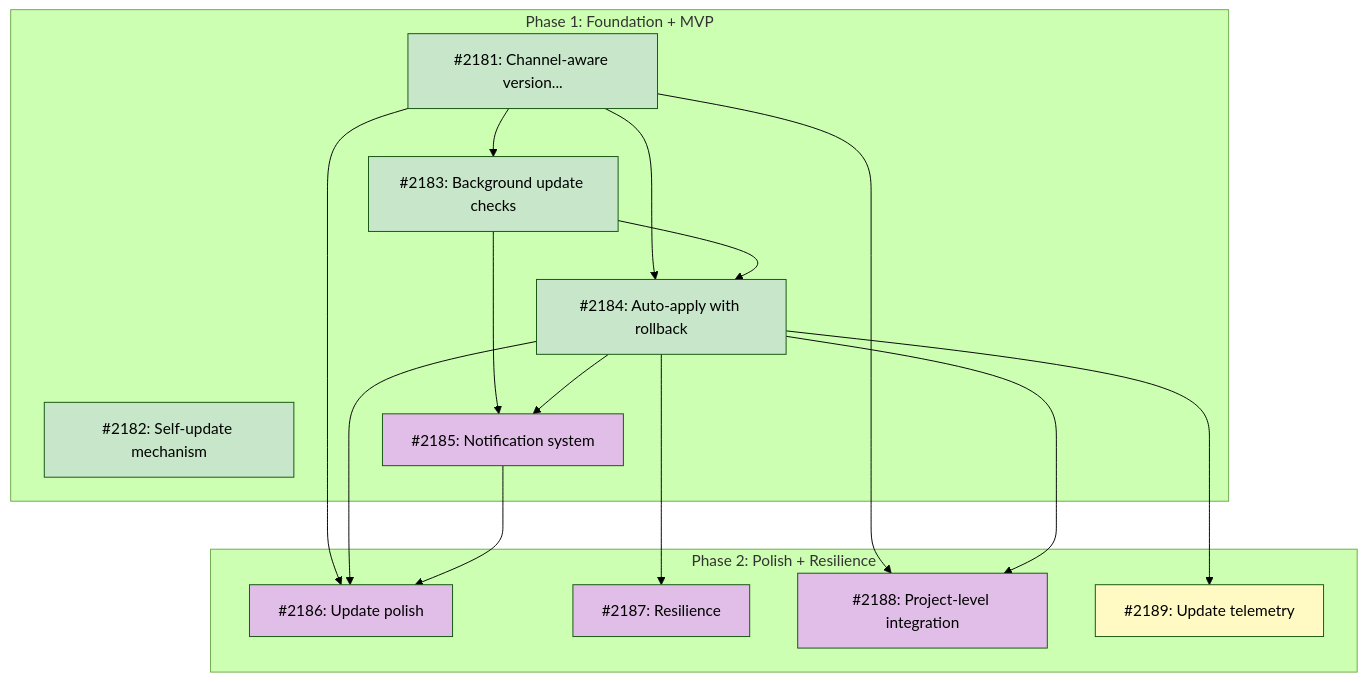
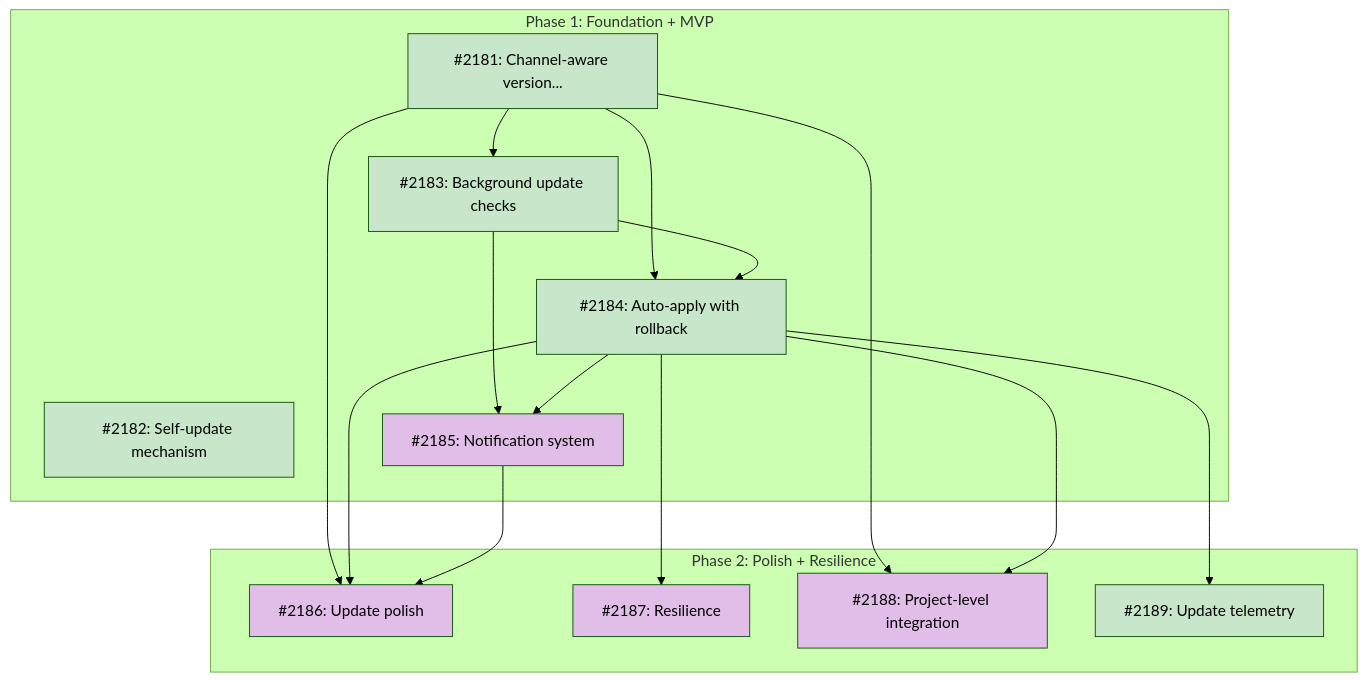
The diagram in docs/roadmaps/ROADMAP-auto-update.md (tsukumogami/tsuku), drawn with Mermaid (forest theme) before and after one commit. The commit also changed other lines of this file and 1 other file, not shown here.

First line of the commit message:
docs: mark update telemetry as done in roadmap and update privacy page

````diff
--- a/docs/roadmaps/ROADMAP-auto-update.md
+++ b/docs/roadmaps/ROADMAP-auto-update.md
@@ -149,44 +150,43 @@
 ```mermaid
 graph TD
     subgraph Phase1["Phase 1: Foundation + MVP"]
         I2181["#2181: Channel-aware version..."]
         I2182["#2182: Self-update mechanism"]
         I2183["#2183: Background update checks"]
         I2184["#2184: Auto-apply with rollback"]
         I2185["#2185: Notification system"]
     end
 
     subgraph Phase2["Phase 2: Polish + Resilience"]
         I2186["#2186: Update polish"]
         I2187["#2187: Resilience"]
         I2188["#2188: Project-level integration"]
         I2189["#2189: Update telemetry"]
     end
 
     I2181 --> I2183
     I2181 --> I2184
     I2183 --> I2184
     I2183 --> I2185
     I2184 --> I2185
     I2181 --> I2186
     I2184 --> I2186
     I2185 --> I2186
     I2184 --> I2187
     I2181 --> I2188
     I2184 --> I2188
     I2184 --> I2189
 
     classDef done fill:#c8e6c9
     classDef ready fill:#bbdefb
     classDef blocked fill:#fff9c4
     classDef needsDesign fill:#e1bee7
     classDef needsPrd fill:#b3e5fc
     classDef needsSpike fill:#ffcdd2
     classDef needsDecision fill:#d1c4e9
     classDef tracksDesign fill:#FFE0B2,stroke:#F57C00,color:#000
     classDef tracksPlan fill:#FFE0B2,stroke:#F57C00,color:#000
 
-    class I2181,I2182,I2183,I2184 done
+    class I2181,I2182,I2183,I2184,I2189 done
     class I2185,I2186,I2187,I2188 needsDesign
-    class I2189 blocked
 ```
````
